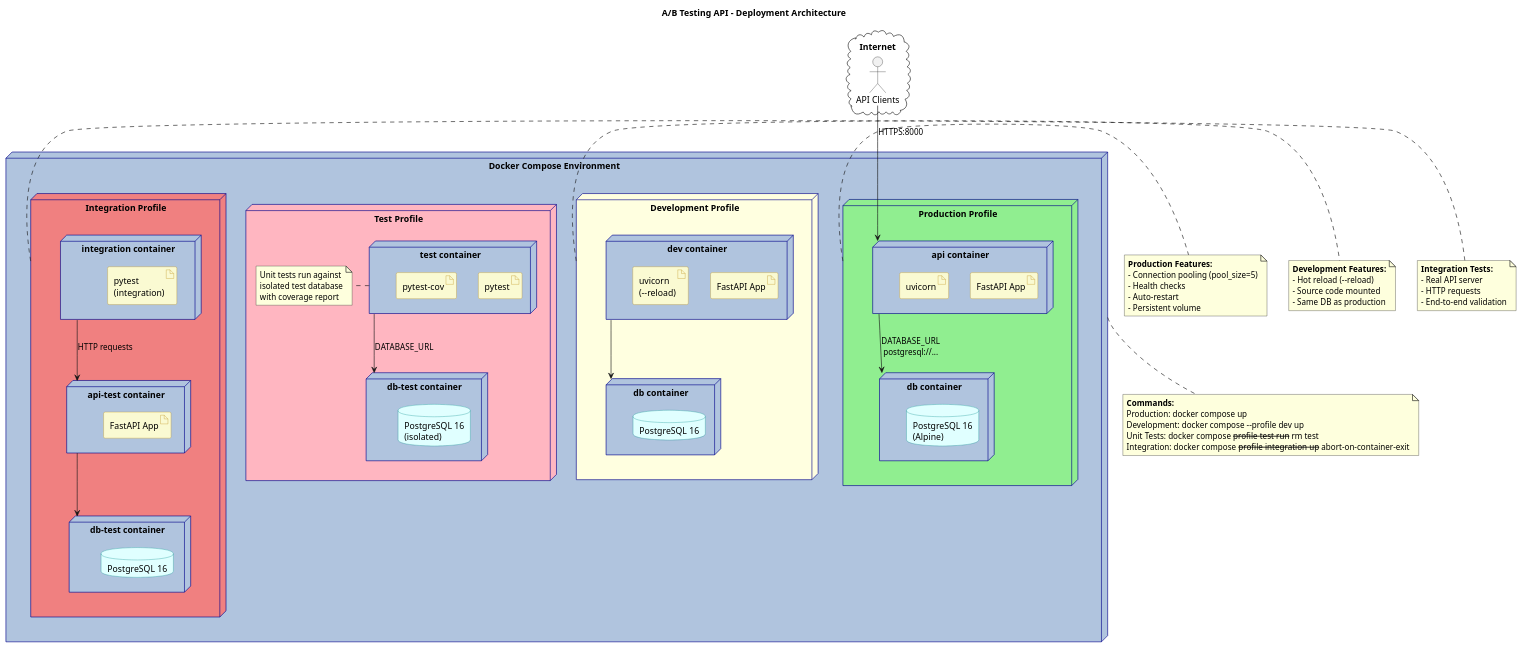
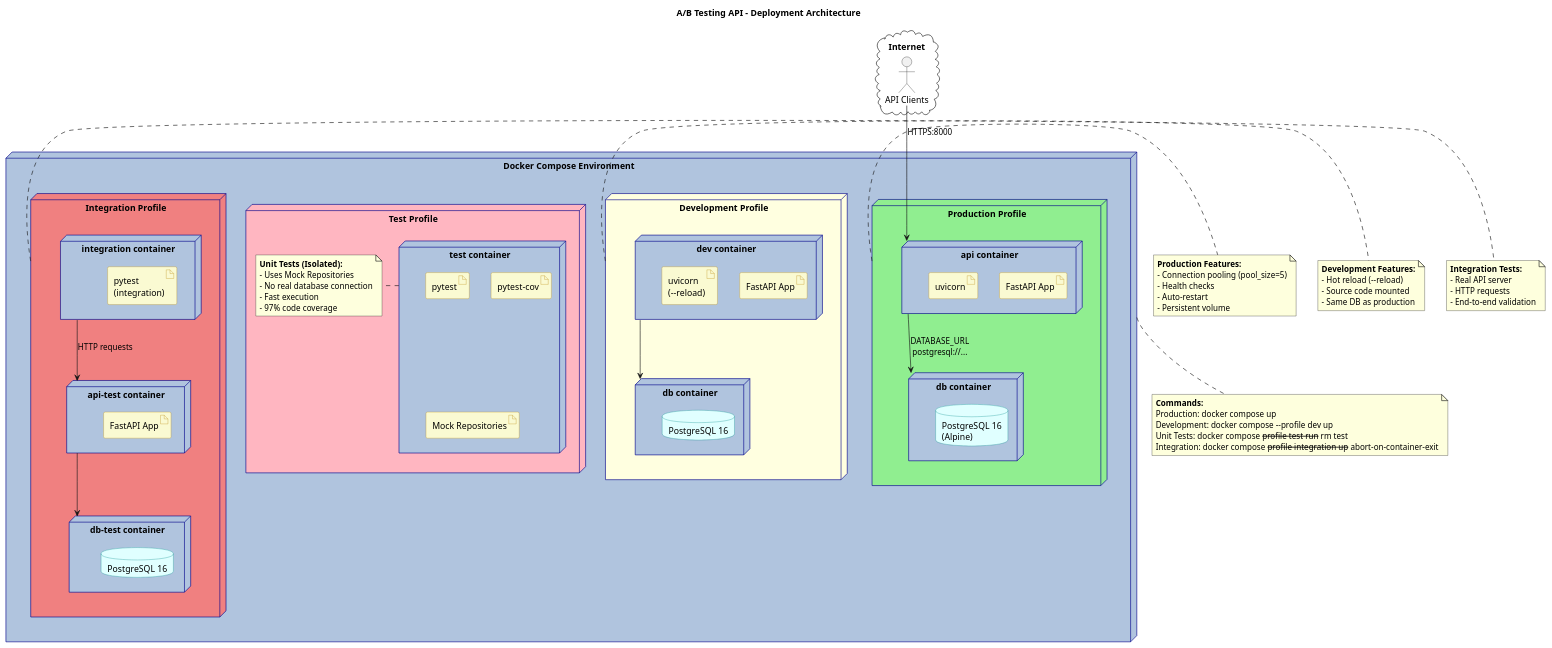
Before and after one commit to huangyingw/neonblue_ab_testing_api: the diagram in docs/diagrams/deployment.puml, drawn with PlantUML. The commit also changed 1 other file, not shown here.

Commit message:
Fix PlantUML diagram rendering and accuracy issues
- auth-sequence.puml: Fix rendering by replacing unsupported
  'note bottom of' with 'note left of', simplify diagram structure
- deployment.puml: Correct Test Profile to show Mock Repositories
  instead of db-test container (unit tests don't use real database)

```diff
--- a/docs/diagrams/deployment.puml
+++ b/docs/diagrams/deployment.puml
@@ -1,135 +1,132 @@
 @startuml Deployment Architecture
 
 ' ============================================================================
 ' Deployment Architecture Diagram
 ' ============================================================================
 ' This diagram shows how the A/B Testing API is deployed using Docker Compose.
 '
 ' Four deployment profiles:
 ' 1. Production (default): api + db containers, production-ready settings
 ' 2. Development (--profile dev): Hot reload enabled for rapid development
 ' 3. Test (--profile test): Isolated db-test for unit tests with coverage
 ' 4. Integration (--profile integration): Full API + test runner for E2E tests
 '
 ' All profiles use PostgreSQL 16 (Alpine) for the database.
 ' Each profile has its own isolated database to prevent data conflicts.
 ' ============================================================================
 
 skinparam backgroundColor white
 skinparam node {
     BackgroundColor LightSteelBlue
     BorderColor DarkBlue
 }
 skinparam artifact {
     BackgroundColor LightGoldenRodYellow
     BorderColor DarkGoldenRod
 }
 skinparam database {
     BackgroundColor LightCyan
     BorderColor DarkCyan
 }
 
 title A/B Testing API - Deployment Architecture
 
 node "Docker Compose Environment" as DockerEnv {
 
     node "Production Profile" as Prod #LightGreen {
         node "db container" as DBContainer {
             database "PostgreSQL 16\n(Alpine)" as ProdDB
         }
 
         node "api container" as ProdContainer {
             artifact "FastAPI App" as ProdApp
             artifact "uvicorn" as ProdUvicorn
         }
 
         ProdContainer --> DBContainer : "DATABASE_URL\npostgresql://..."
     }
 
     node "Development Profile" as Dev #LightYellow {
         node "db container" as DevDBContainer {
             database "PostgreSQL 16" as DevDB
         }
 
         node "dev container" as DevContainer {
             artifact "FastAPI App" as DevApp
             artifact "uvicorn\n(--reload)" as DevUvicorn
         }
 
         DevContainer --> DevDBContainer
     }
 
     node "Test Profile" as Test #LightPink {
-        node "db-test container" as TestDBContainer {
-            database "PostgreSQL 16\n(isolated)" as TestDB
-        }
-
         node "test container" as TestContainer {
             artifact "pytest" as Pytest
             artifact "pytest-cov" as PytestCov
+            artifact "Mock Repositories" as Mocks
         }
 
-        TestContainer --> TestDBContainer : "DATABASE_URL"
-
         note right of TestContainer
-          Unit tests run against
-          isolated test database
-          with coverage report
+          **Unit Tests (Isolated):**
+          - Uses Mock Repositories
+          - No real database connection
+          - Fast execution
+          - 97% code coverage
         end note
     }
 
     node "Integration Profile" as Integration #LightCoral {
         node "db-test container" as IntDBContainer {
             database "PostgreSQL 16" as IntDB
         }
 
         node "api-test container" as IntAPIContainer {
             artifact "FastAPI App" as IntApp
         }
 
         node "integration container" as IntTestContainer {
             artifact "pytest\n(integration)" as IntPytest
         }
 
         IntAPIContainer --> IntDBContainer
         IntTestContainer --> IntAPIContainer : "HTTP requests"
     }
 }
 
 cloud "Internet" as Internet {
     actor "API Clients" as Clients
 }
 
 Clients --> ProdContainer : "HTTPS:8000"
 
 note bottom of DockerEnv
   **Commands:**
   Production: docker compose up
   Development: docker compose --profile dev up
   Unit Tests: docker compose --profile test run --rm test
   Integration: docker compose --profile integration up --abort-on-container-exit
 end note
 
 note right of Prod
   **Production Features:**
   - Connection pooling (pool_size=5)
   - Health checks
   - Auto-restart
   - Persistent volume
 end note
 
 note right of Dev
   **Development Features:**
   - Hot reload (--reload)
   - Source code mounted
   - Same DB as production
 end note
 
 note right of Integration
   **Integration Tests:**
   - Real API server
   - HTTP requests
   - End-to-end validation
 end note
 
 @enduml
```
